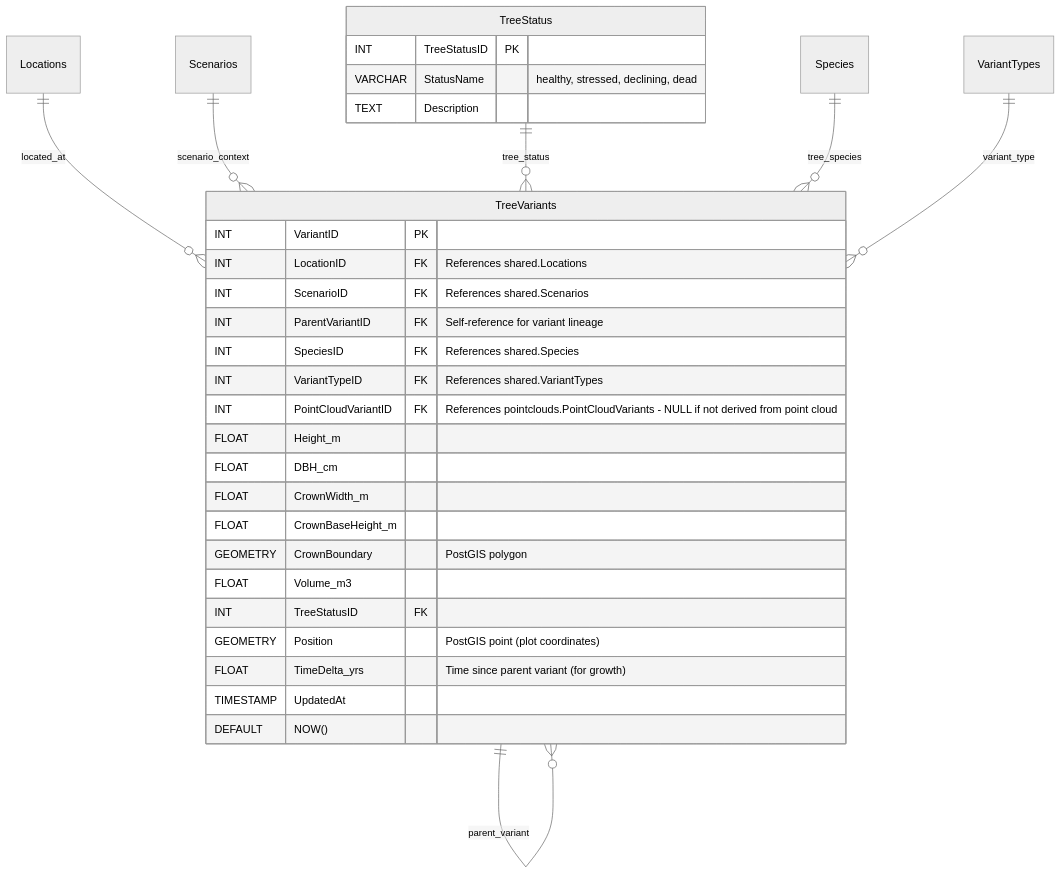
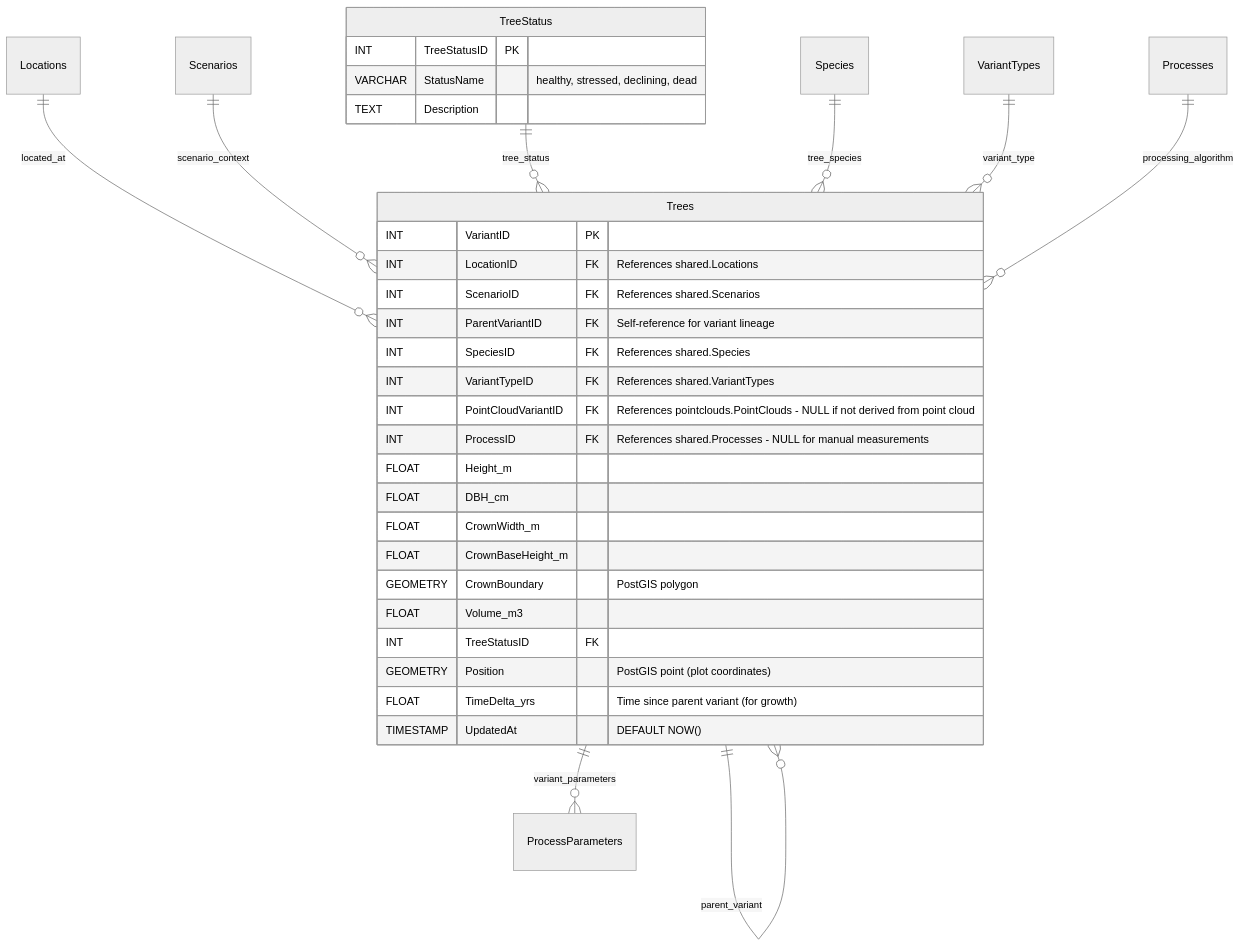
The eighth of 10 diagrams in docs/architecture/database.md (XRFutureForests/digital-twin-db), drawn with Mermaid before and after one commit. The commit also changed other lines of this file, not shown here.

Commit message:
fixes audit log design and adds processing parameter tracking

````diff
--- a/docs/architecture/database.md
+++ b/docs/architecture/database.md
@@ -244,43 +302,48 @@
 ```mermaid
 %%{init: {
   "theme": "neutral"
 }}%%
 erDiagram
     Locations
     Species
     VariantTypes
     Scenarios
+    Processes
+    ProcessParameters
 
     TreeStatus {
         INT TreeStatusID PK
         VARCHAR StatusName "healthy, stressed, declining, dead"
         TEXT Description
     }
 
-    TreeVariants {
+    Trees {
         INT VariantID PK
         INT LocationID FK "References shared.Locations"
         INT ScenarioID FK "References shared.Scenarios"
         INT ParentVariantID FK "Self-reference for variant lineage"
         INT SpeciesID FK "References shared.Species"
         INT VariantTypeID FK "References shared.VariantTypes"
-        INT PointCloudVariantID FK "References pointclouds.PointCloudVariants - NULL if not derived from point cloud"
+        INT PointCloudVariantID FK "References pointclouds.PointClouds - NULL if not derived from point cloud"
+        INT ProcessID FK "References shared.Processes - NULL for manual measurements"
         FLOAT Height_m
         FLOAT DBH_cm
         FLOAT CrownWidth_m
         FLOAT CrownBaseHeight_m
         GEOMETRY CrownBoundary "PostGIS polygon"
         FLOAT Volume_m3
         INT TreeStatusID FK
         GEOMETRY Position "PostGIS point (plot coordinates)"
         FLOAT TimeDelta_yrs "Time since parent variant (for growth)"
-        TIMESTAMP UpdatedAt DEFAULT NOW()
+        TIMESTAMP UpdatedAt "DEFAULT NOW()"
     }
 
-    Locations ||--o{ TreeVariants : located_at
-    Scenarios ||--o{ TreeVariants : scenario_context
-    TreeStatus ||--o{ TreeVariants : tree_status
-    Species ||--o{ TreeVariants : tree_species
-    VariantTypes ||--o{ TreeVariants : variant_type
-    TreeVariants ||--o{ TreeVariants : parent_variant
+    Locations ||--o{ Trees : located_at
+    Scenarios ||--o{ Trees : scenario_context
+    TreeStatus ||--o{ Trees : tree_status
+    Species ||--o{ Trees : tree_species
+    VariantTypes ||--o{ Trees : variant_type
+    Processes ||--o{ Trees : processing_algorithm
+    Trees ||--o{ Trees : parent_variant
+    Trees ||--o{ ProcessParameters : variant_parameters
 ```
````
